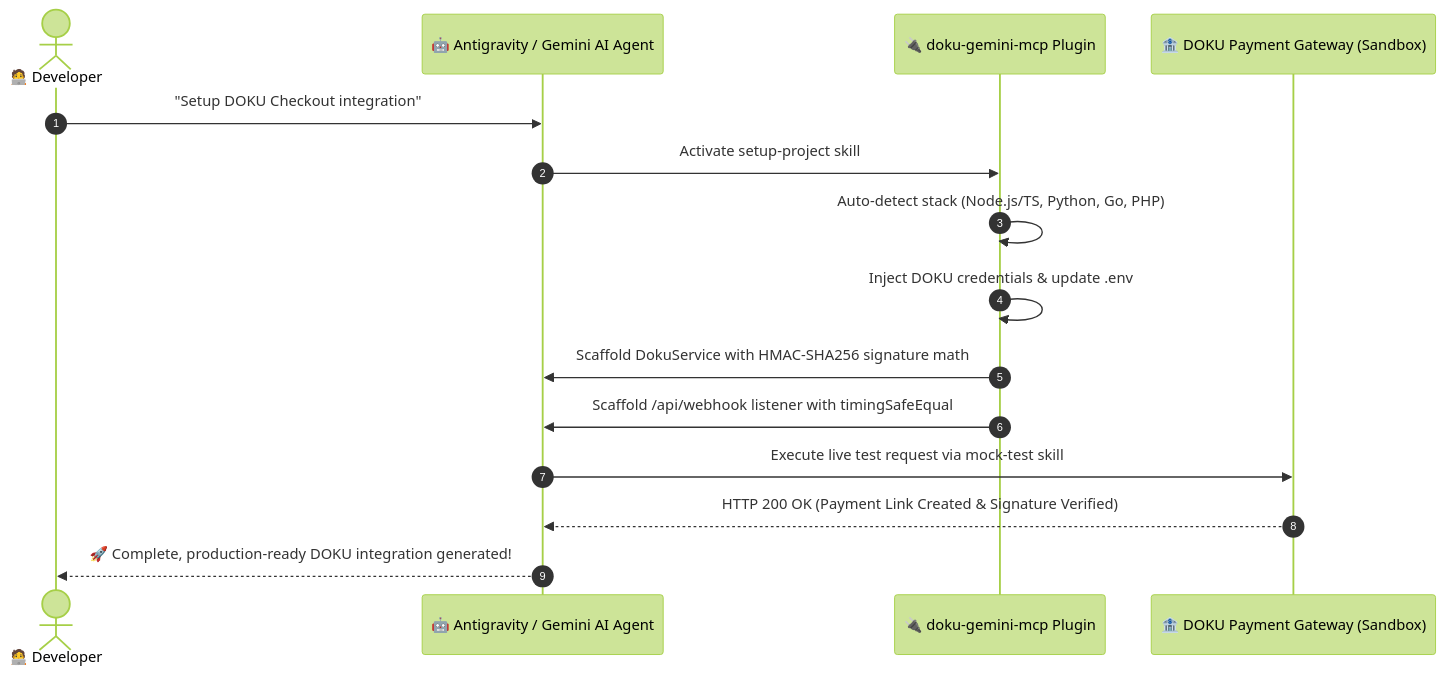
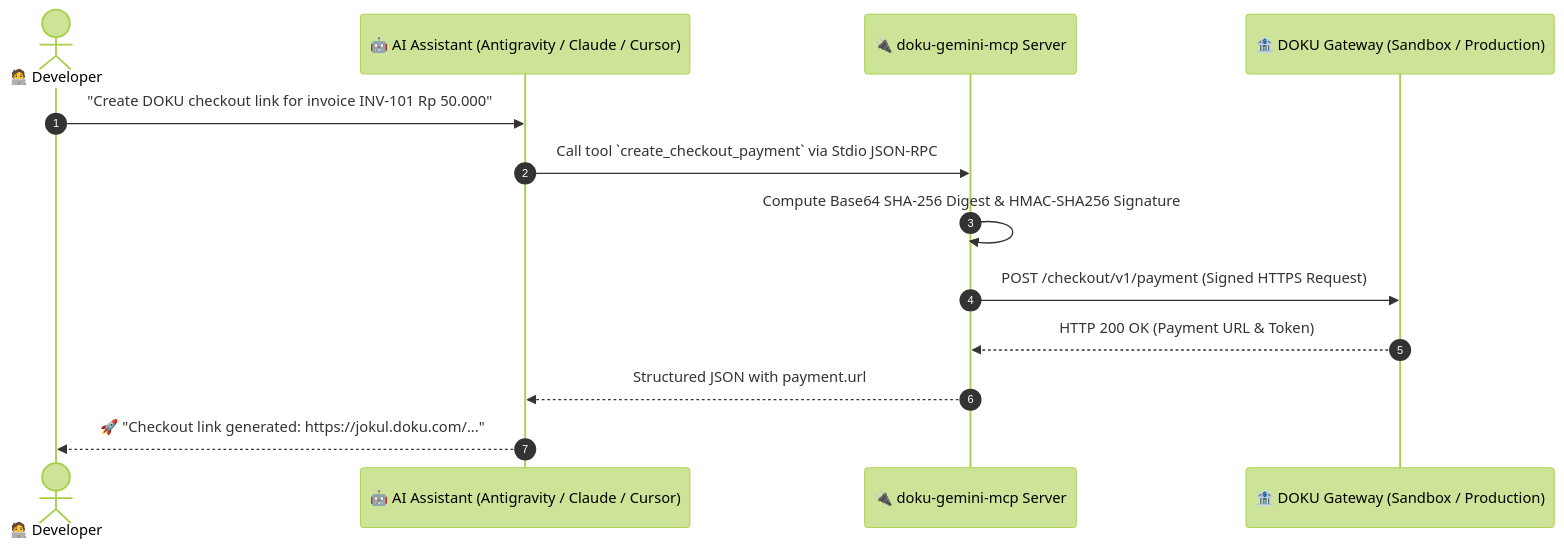
One commit to roedyrustam/doku-gemini-mcp changed the diagram in README.md. Above: the diagram before and after it, drawn with Mermaid (forest theme). The commit also changed other lines of this file and 2 other files, not shown here.

Commit message:
docs: finalize professional README with dual-engine architecture, 9 MCP tools, NPX runner, and SDK usage guide

````diff
--- a/README.md
+++ b/README.md
@@ -54,18 +18,16 @@
 ```mermaid
 sequenceDiagram
     autonumber
     actor Developer as 🧑‍💻 Developer
-    participant Agent as 🤖 Antigravity / Gemini AI Agent
-    participant Plugin as 🔌 doku-gemini-mcp Plugin
-    participant DOKU as 🏦 DOKU Payment Gateway (Sandbox)
+    participant Agent as 🤖 AI Assistant (Antigravity / Claude / Cursor)
+    participant MCP as 🔌 doku-gemini-mcp Server
+    participant DOKU as 🏦 DOKU Gateway (Sandbox / Production)
 
-    Developer->>Agent: "Setup DOKU Checkout integration"
-    Agent->>Plugin: Activate setup-project skill
-    Plugin->>Plugin: Auto-detect stack (Node.js/TS, Python, Go, PHP)
-    Plugin->>Plugin: Inject DOKU credentials & update .env
-    Plugin->>Agent: Scaffold DokuService with HMAC-SHA256 signature math
-    Plugin->>Agent: Scaffold /api/webhook listener with timingSafeEqual
-    Agent->>DOKU: Execute live test request via mock-test skill
-    DOKU-->>Agent: HTTP 200 OK (Payment Link Created & Signature Verified)
-    Agent-->>Developer: 🚀 Complete, production-ready DOKU integration generated!
+    Developer->>Agent: "Create DOKU checkout link for invoice INV-101 Rp 50.000"
+    Agent->>MCP: Call tool `create_checkout_payment` via Stdio JSON-RPC
+    MCP->>MCP: Compute Base64 SHA-256 Digest & HMAC-SHA256 Signature
+    MCP->>DOKU: POST /checkout/v1/payment (Signed HTTPS Request)
+    DOKU-->>MCP: HTTP 200 OK (Payment URL & Token)
+    MCP-->>Agent: Structured JSON with payment.url
+    Agent-->>Developer: 🚀 "Checkout link generated: https://jokul.doku.com/..."
 ```
````
